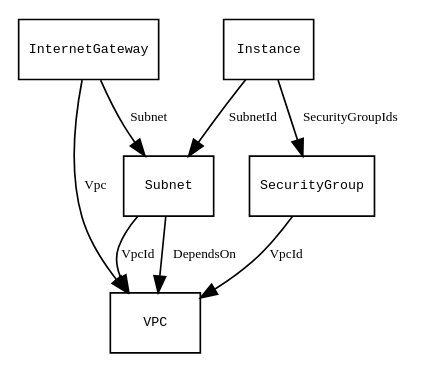
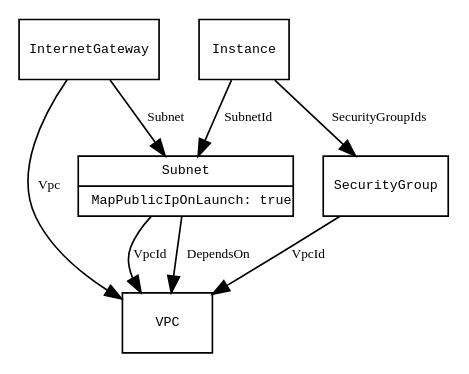
Before and after one commit to tied/aws-must-templates: the second of 2 diagrams in pics/recipes.org, drawn with Graphviz. The commit also changed 8 other files, not shown here.

```diff
--- a/pics/recipes.org
+++ b/pics/recipes.org
@@ -44,32 +44,32 @@
 #+BEGIN_SRC dot :file ./vpc-local-subnet.png  :cmdline -Kdot -Tpng
 
   digraph {
 
     node      [     fontname = "Courier"
                 fontsize = 8
                 shape = "record"
 
           ];
     edge      [
                 fontname = "Bitstream Vera Sans"
                 fontsize = 8
                 // arrowhead = "none"
           ];
 
     VPC
-    Subnet
+    Subnet [label="{Subnet|MapPublicIpOnLaunch: true\l}"]
     InternetGateway
     SecurityGroup
     Instance
 
     Subnet -> VPC [label="VpcId"]
     Subnet -> VPC [label="DependsOn"]
     InternetGateway -> Subnet [label="Subnet"]
     InternetGateway -> VPC [label="Vpc"]
     SecurityGroup -> VPC [label="VpcId"]
     Instance -> SecurityGroup [label="SecurityGroupIds"]
     Instance -> Subnet [label="SubnetId"]
 
    }
 
 #+END_SRC
```
